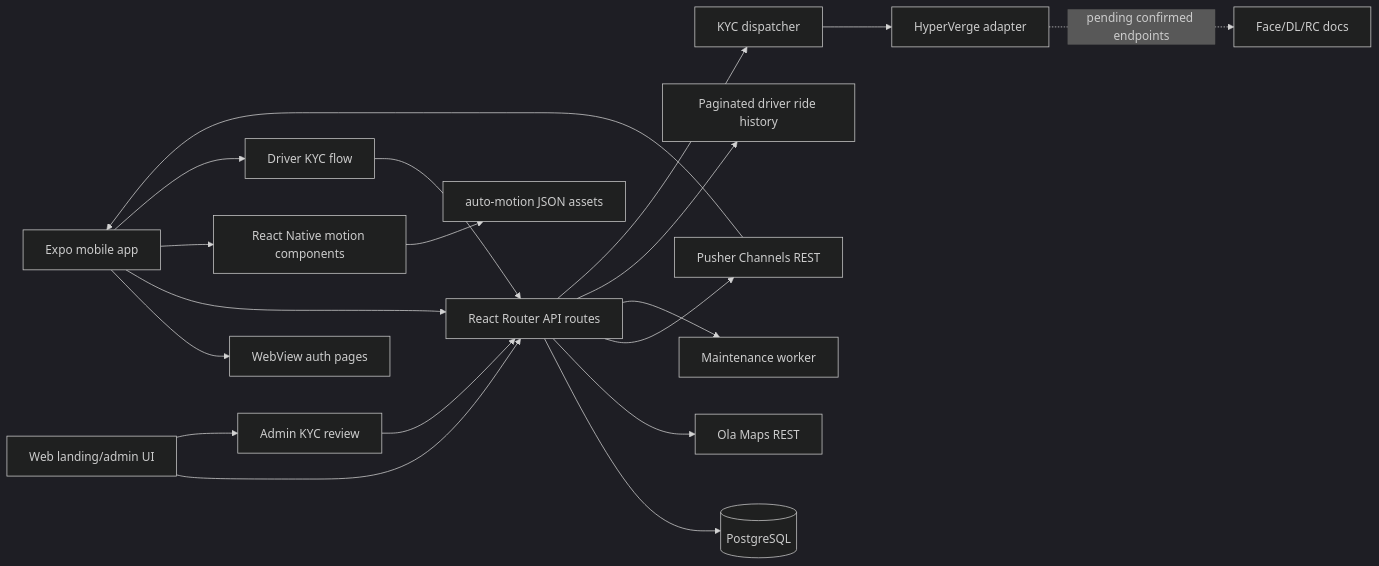
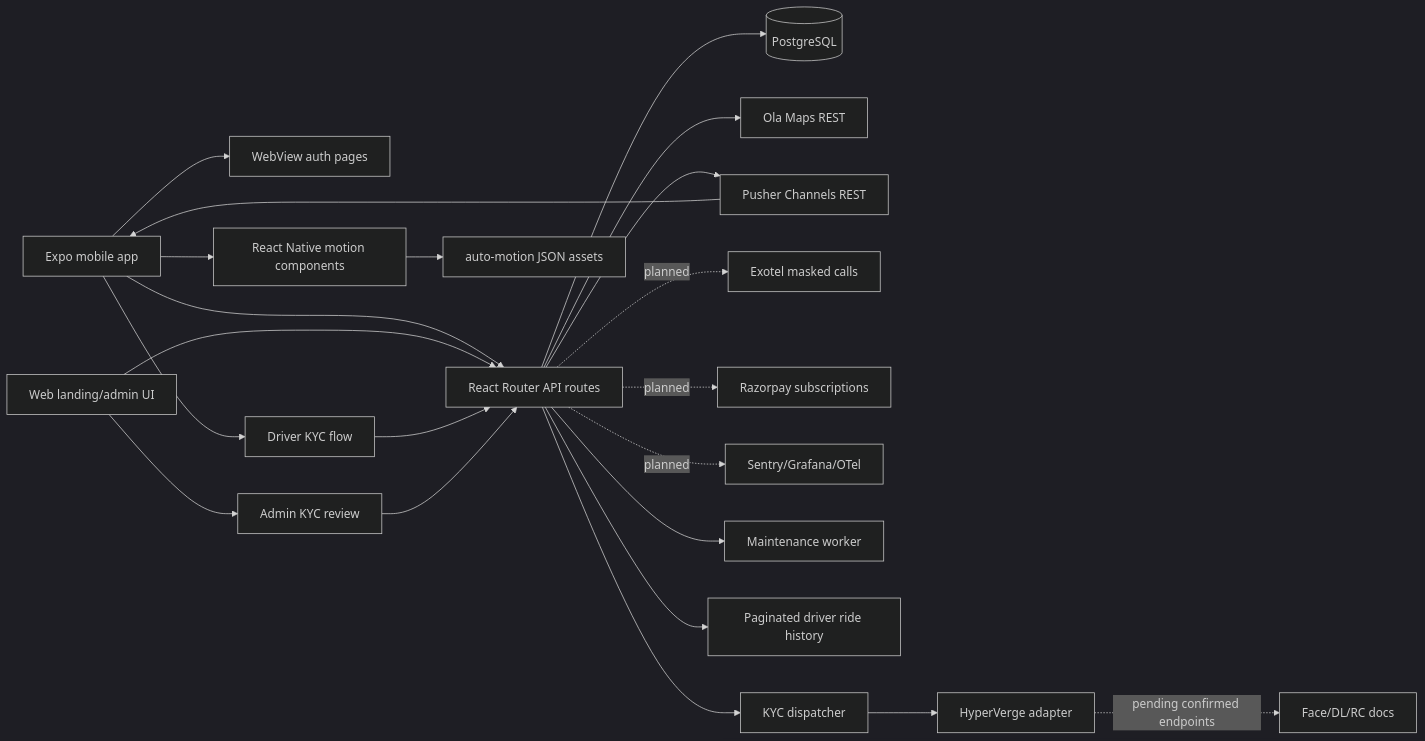
The diagram in README.md (RohitRajMaturu/AutoRiderApp), drawn with Mermaid (dark theme) before and after one commit. The commit also changed other lines of this file and 24 other files, not shown here.

````diff
--- a/README.md
+++ b/README.md
@@ -362,21 +393,24 @@
 ```mermaid
 flowchart LR
   Mobile[Expo mobile app] --> AuthWeb[WebView auth pages]
   Mobile --> Api[React Router API routes]
   WebLanding[Web landing/admin UI] --> Api
   Api --> Postgres[(PostgreSQL)]
   Api --> Ola[Ola Maps REST]
   Api --> Pusher[Pusher Channels REST]
   Pusher --> Mobile
+  Api -. planned .-> Exotel[Exotel masked calls]
+  Api -. planned .-> Razorpay[Razorpay subscriptions]
+  Api -. planned .-> Observability[Sentry/Grafana/OTel]
   Api --> Maintenance[Maintenance worker]
   Api --> DriverHistory[Paginated driver ride history]
   Mobile --> Motion[React Native motion components]
   Motion --> MotionAssets[auto-motion JSON assets]
   Mobile --> DriverKyc[Driver KYC flow]
   DriverKyc --> Api
   WebLanding --> AdminKyc[Admin KYC review]
   AdminKyc --> Api
   Api --> KycDispatcher[KYC dispatcher]
   KycDispatcher --> HyperVerge[HyperVerge adapter]
   HyperVerge -. pending confirmed endpoints .-> HyperVergeDocs[Face/DL/RC docs]
 ```
````
